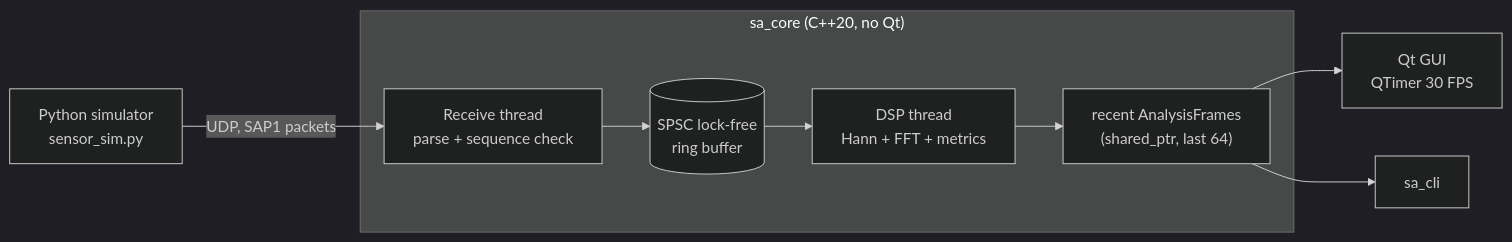
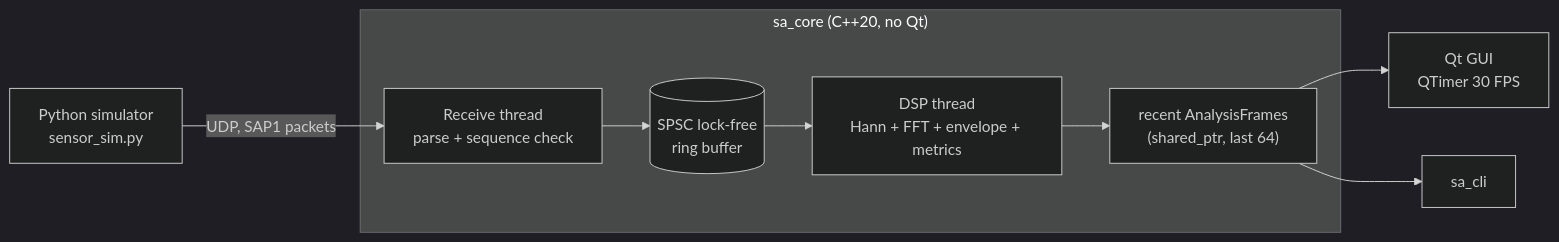
One commit to miloszjaranowski/signal-analyzer changed the diagram in README.md. Above: the diagram before and after it, drawn with Mermaid (dark theme). The commit also changed other lines of this file and 12 other files, not shown here.

````diff
--- a/README.md
+++ b/README.md
@@ -28,11 +31,11 @@
 ```mermaid
 flowchart LR
     SIM["Python simulator<br/>sensor_sim.py"] -- "UDP, SAP1 packets" --> RX
     subgraph core["sa_core (C++20, no Qt)"]
         RX["Receive thread<br/>parse + sequence check"] --> RB[("SPSC lock-free<br/>ring buffer")]
-        RB --> DSP["DSP thread<br/>Hann + FFT + metrics"]
+        RB --> DSP["DSP thread<br/>Hann + FFT + envelope + metrics"]
         DSP --> FR["recent AnalysisFrames<br/>(shared_ptr, last 64)"]
     end
     FR --> GUI["Qt GUI<br/>QTimer 30 FPS"]
     FR --> CLI["sa_cli"]
 ```
````
